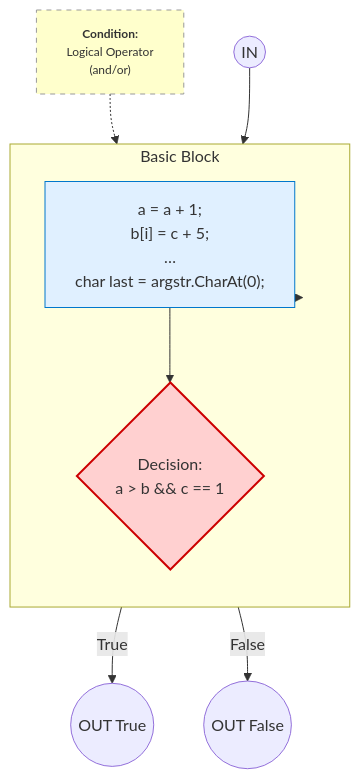
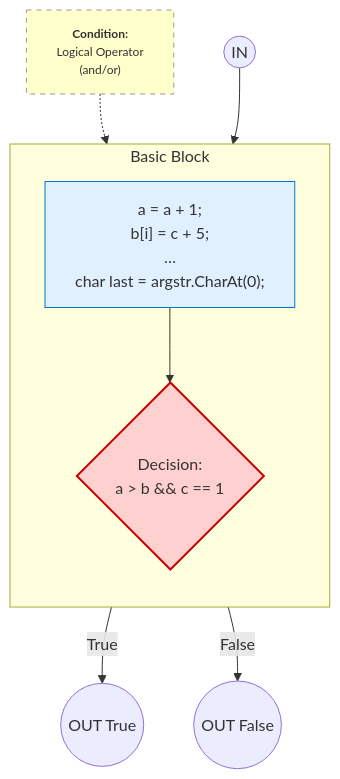
The first of 2 diagrams in content/verif/adequacy/terminology.md (msdbok/msdbok.github.io), drawn with Mermaid before and after one commit.

````diff
--- a/content/verif/adequacy/terminology.md
+++ b/content/verif/adequacy/terminology.md
@@ -13,33 +13,33 @@
 ```mermaid
 flowchart TD
   %% Nodes
   Entry(("IN"))
   OutT(("OUT True"))
   OutF(("OUT False"))
   Note["<b>Condition:</b><br/>Logical Operator<br/>(and/or)"]
 
   %% Subgraph for a Basic Block
   subgraph BB["Basic Block"]
     direction TB
     STMS["a = a + 1;<br/>b[i] = c + 5;<br/>…<br/>char last = argstr.CharAt(0);"]
     DEC{"Decision:<br/>a > b && c == 1"}
   end
 
   %% Control Flow
   Entry --> BB
-  BB --> STMS
+  %% BB --> STMS
   STMS --> DEC
   DEC -->|True| OutT
   DEC -->|False| OutF
 
   %% Simulated Note
   Note -.-> DEC
 
   %% Styling
   style STMS fill:#e0f0ff,stroke:#0077cc
   style DEC  fill:#ffd0d0,stroke:#cc0000,stroke-width:2px
   style Note fill:#ffffcc,stroke:#999,stroke-dasharray: 5 5,font-size:12px
 
 
 
 ```
````
